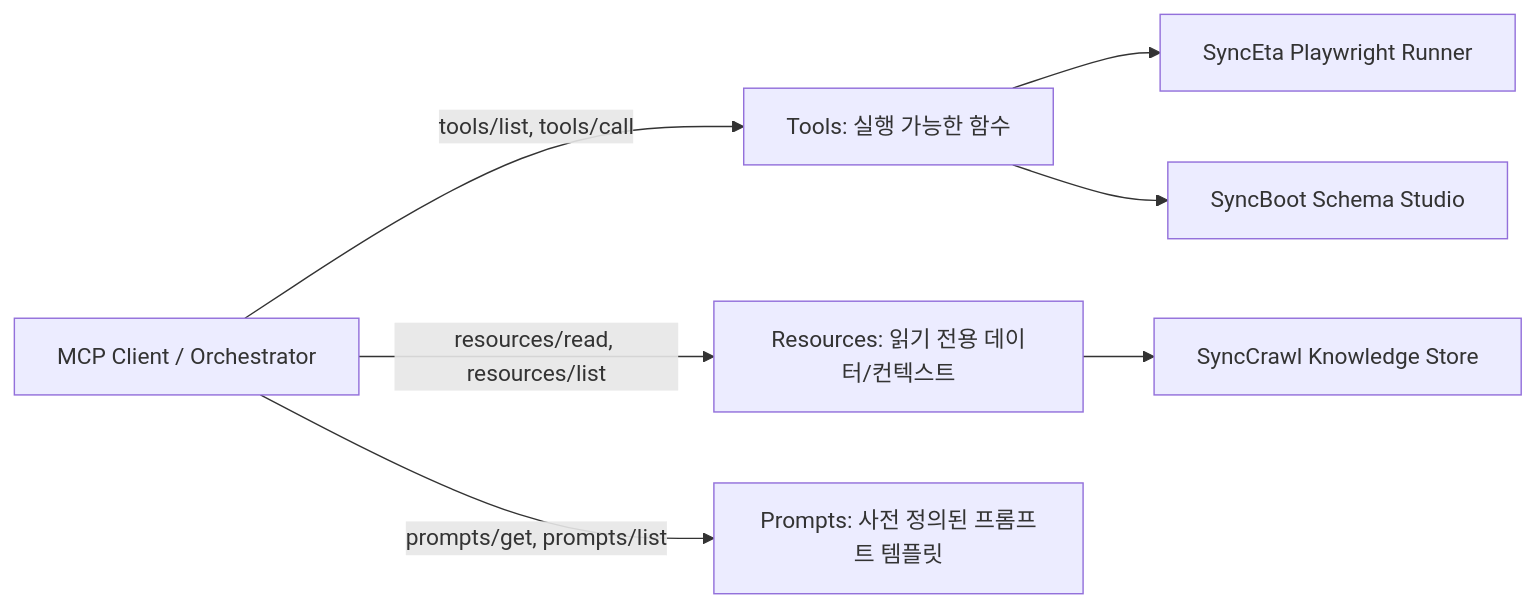
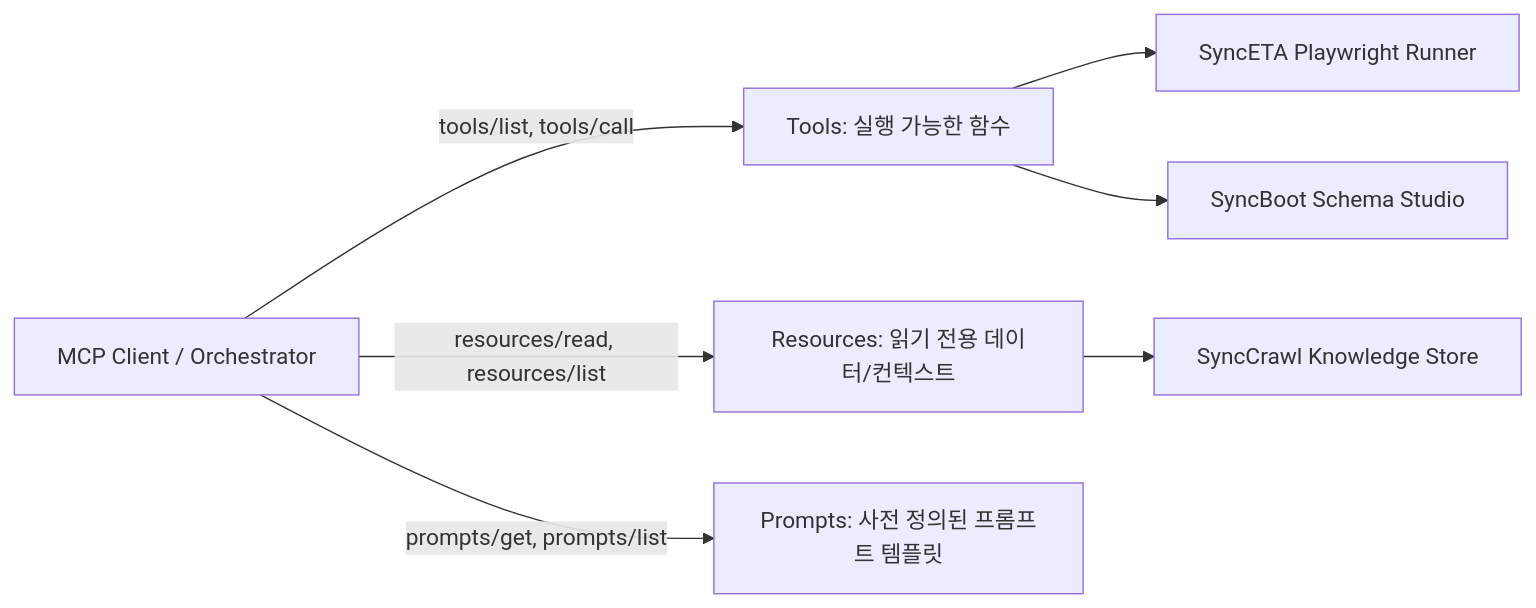
One commit to DramaticCollaboration/doc.github.io changed the diagram in ko/study/mcp-jsonrpc-agent-orchestration.md. Above: the diagram before and after it, drawn with Mermaid. The commit also changed other lines of this file and 73 other files, not shown here.

````diff
--- a/ko/study/mcp-jsonrpc-agent-orchestration.md
+++ b/ko/study/mcp-jsonrpc-agent-orchestration.md
@@ -28,10 +28,10 @@
 ```mermaid
 graph LR
-    A[MCP Client / Orchestrator] -->|tools/list, tools/call| B[Tools: 실행 가능한 함수]
-    A -->|resources/read, resources/list| C[Resources: 읽기 전용 데이터/컨텍스트]
-    A -->|prompts/get, prompts/list| D[Prompts: 사전 정의된 프롬프트 템플릿]
+    A["MCP Client / Orchestrator"] -->|"tools/list, tools/call"| B["Tools: 실행 가능한 함수"]
+    A -->|"resources/read, resources/list"| C["Resources: 읽기 전용 데이터/컨텍스트"]
+    A -->|"prompts/get, prompts/list"| D["Prompts: 사전 정의된 프롬프트 템플릿"]
 
-    B --> E[SyncEta Playwright Runner]
+    B --> E[SyncETA Playwright Runner]
     B --> F[SyncBoot Schema Studio]
     C --> G[SyncCrawl Knowledge Store]
 ```
````
